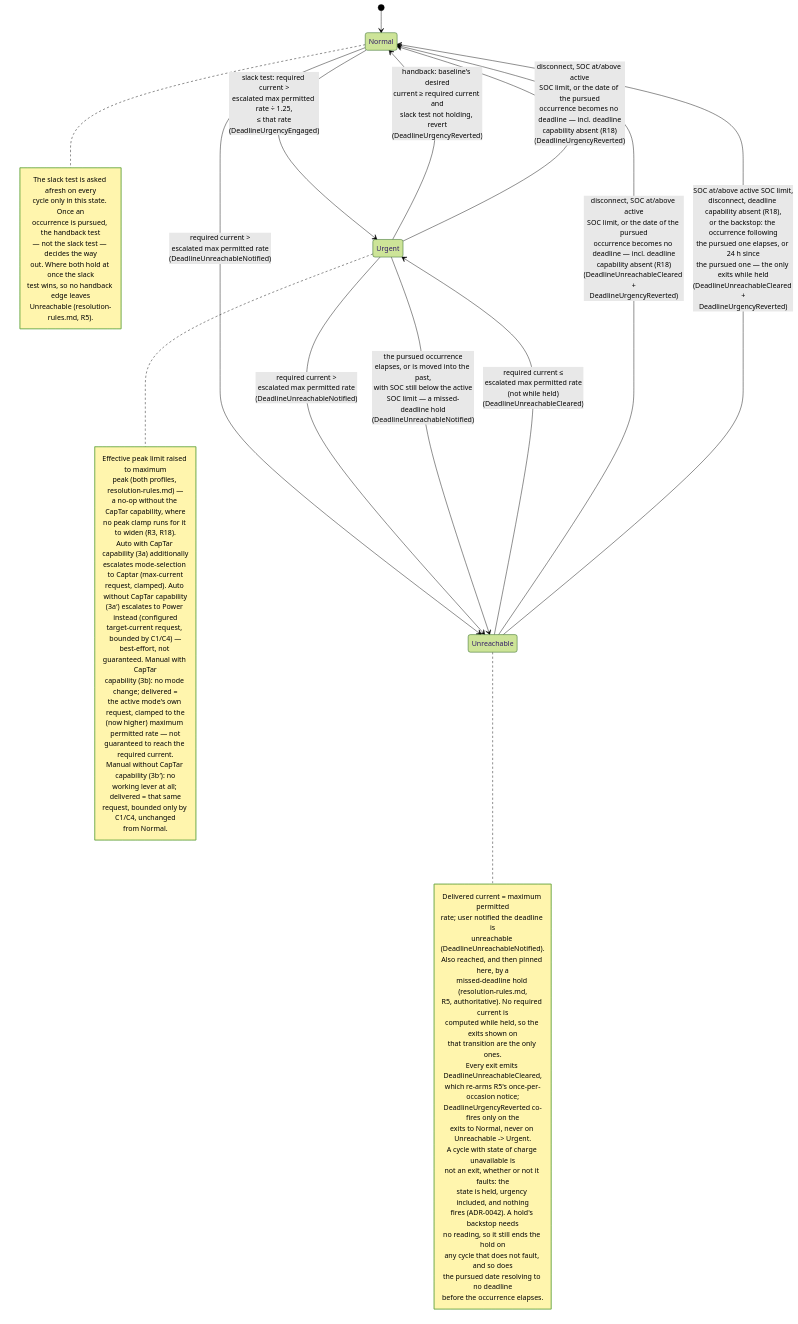
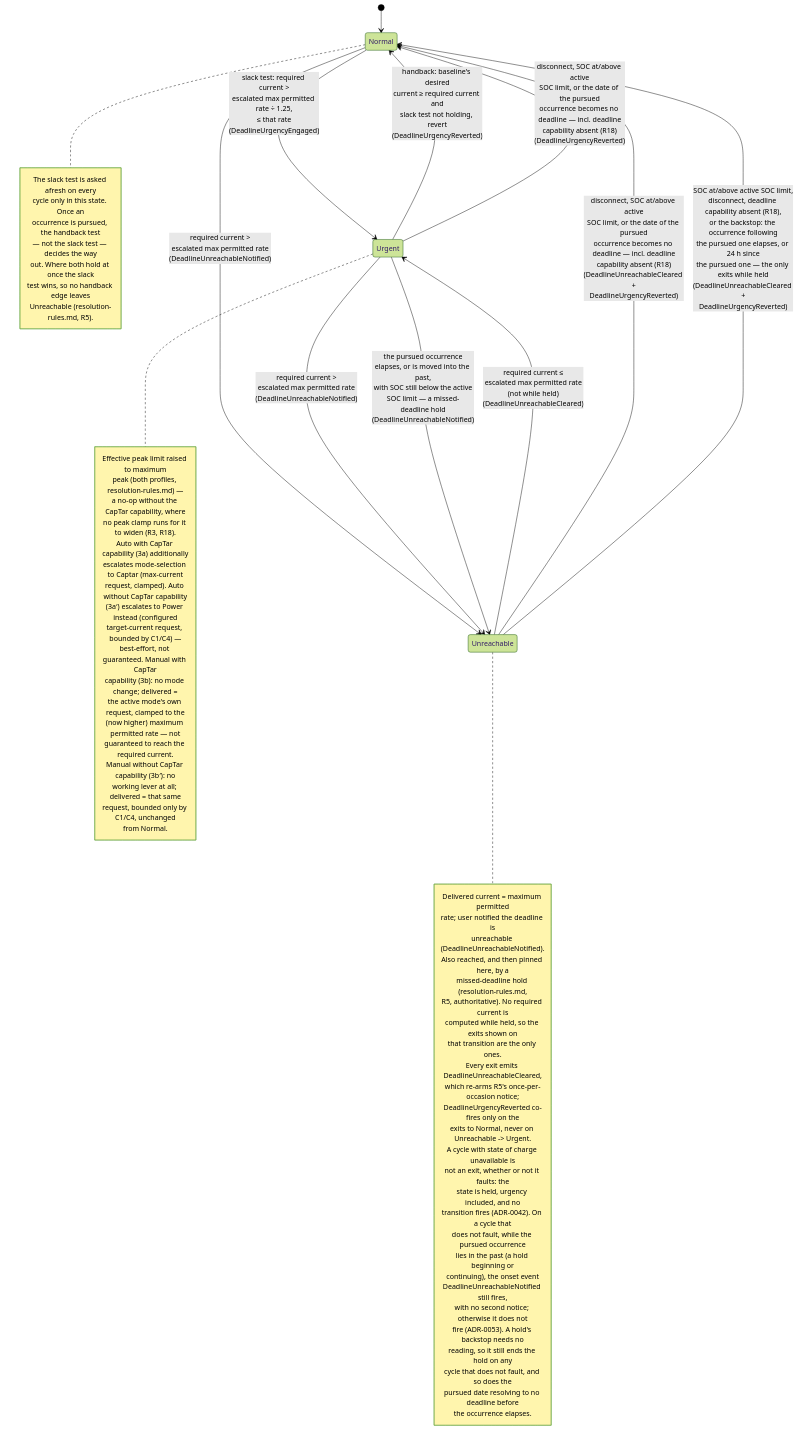
One commit to kristofdegrave/homeassistant-smart-charging changed the diagram in docs/analysis/use-cases/UC05-guarantee-ready-by-departure.md. Above: the diagram before and after it, drawn with Mermaid (forest theme). The commit also changed other lines of this file, not shown here.

Commit message:
docs: UC05 -- a no-reading cycle mid-hold re-fires the onset, as the glossary says (#1478) (#1480)
* docs: UC05 -- a no-reading cycle mid-hold re-fires the onset, as the glossary says (#1478)

UC05's State model said no event fires on a no-reading cycle while a
missed-deadline hold continues. The glossary, UC05's own Domain events
entry and ADR-0053 say the onset re-fires as the level signal. The
`Unreachable` row and the diagram note now say no transition fires,
while a non-fault cycle mid-hold still re-fires DeadlineUnreachableNotified;
without a hold, or on a fault cycle, nothing fires.

* docs: address review remarks (#1480)

Key the no-reading re-fire to the pursued occurrence lying in the past, as
ADR-0053 does; use the glossary's onset-event wording; re-wrap the note.

---------

````diff
--- a/docs/analysis/use-cases/UC05-guarantee-ready-by-departure.md
+++ b/docs/analysis/use-cases/UC05-guarantee-ready-by-departure.md
@@ -118,64 +118,70 @@
 ```mermaid
 stateDiagram-v2
     [*] --> Normal
     Normal --> Urgent: slack test: required current ><br/>escalated max permitted rate ÷ 1.25,<br/>≤ that rate<br/>(DeadlineUrgencyEngaged)
     Normal --> Unreachable: required current ><br/>escalated max permitted rate<br/>(DeadlineUnreachableNotified)
     Urgent --> Normal: handback: baseline's desired<br/>current ≥ required current and<br/>slack test not holding, revert<br/>(DeadlineUrgencyReverted)
     Urgent --> Unreachable: required current ><br/>escalated max permitted rate<br/>(DeadlineUnreachableNotified)
     Urgent --> Unreachable: the pursued occurrence<br/>elapses, or is moved into the past,<br/>with SOC still below the active<br/>SOC limit — a missed-deadline hold<br/>(DeadlineUnreachableNotified)
     Urgent --> Normal: disconnect, SOC at/above active<br/>SOC limit, or the date of the pursued<br/>occurrence becomes no deadline — incl. deadline<br/>capability absent (R18)<br/>(DeadlineUrgencyReverted)
     Unreachable --> Urgent: required current ≤<br/>escalated max permitted rate<br/>(not while held)<br/>(DeadlineUnreachableCleared)
     Unreachable --> Normal: disconnect, SOC at/above active<br/>SOC limit, or the date of the pursued<br/>occurrence becomes no deadline — incl. deadline<br/>capability absent (R18)<br/>(DeadlineUnreachableCleared +<br/>DeadlineUrgencyReverted)
     Unreachable --> Normal: SOC at/above active SOC limit,<br/>disconnect, deadline capability absent (R18),<br/>or the backstop: the occurrence following<br/>the pursued one elapses, or 24 h since<br/>the pursued one — the only exits while held<br/>(DeadlineUnreachableCleared +<br/>DeadlineUrgencyReverted)
     note right of Normal
         The slack test is asked afresh on every
         cycle only in this state. Once an
         occurrence is pursued, the handback test
         — not the slack test — decides the way
         out. Where both hold at once the slack
         test wins, so no handback edge leaves
         Unreachable (resolution-rules.md, R5).
     end note
     note right of Urgent
         Effective peak limit raised to maximum
         peak (both profiles, resolution-rules.md) —
         a no-op without the CapTar capability, where
         no peak clamp runs for it to widen (R3, R18).
         Auto with CapTar capability (3a) additionally
         escalates mode-selection to Captar (max-current
         request, clamped). Auto without CapTar capability
         (3a′) escalates to Power instead (configured
         target-current request, bounded by C1/C4) —
         best-effort, not guaranteed. Manual with CapTar
         capability (3b): no mode change; delivered =
         the active mode's own request, clamped to the
         (now higher) maximum permitted rate — not
         guaranteed to reach the required current.
         Manual without CapTar capability (3b′): no
         working lever at all; delivered = that same
         request, bounded only by C1/C4, unchanged
         from Normal.
     end note
     note right of Unreachable
         Delivered current = maximum permitted
         rate; user notified the deadline is
         unreachable (DeadlineUnreachableNotified).
         Also reached, and then pinned here, by a
         missed-deadline hold (resolution-rules.md,
         R5, authoritative). No required current is
         computed while held, so the exits shown on
         that transition are the only ones.
         Every exit emits DeadlineUnreachableCleared,
         which re-arms R5's once-per-occasion notice;
         DeadlineUrgencyReverted co-fires only on the
         exits to Normal, never on Unreachable -> Urgent.
         A cycle with state of charge unavailable is
         not an exit, whether or not it faults: the
-        state is held, urgency included, and nothing
-        fires (ADR-0042). A hold's backstop needs
-        no reading, so it still ends the hold on
-        any cycle that does not fault, and so does
-        the pursued date resolving to no deadline
-        before the occurrence elapses.
+        state is held, urgency included, and no
+        transition fires (ADR-0042). On a cycle that
+        does not fault, while the pursued occurrence
+        lies in the past (a hold beginning or
+        continuing), the onset event
+        DeadlineUnreachableNotified still fires,
+        with no second notice; otherwise it does not
+        fire (ADR-0053). A hold's backstop needs no
+        reading, so it still ends the hold on any
+        cycle that does not fault, and so does the
+        pursued date resolving to no deadline before
+        the occurrence elapses.
     end note
 ```
````
